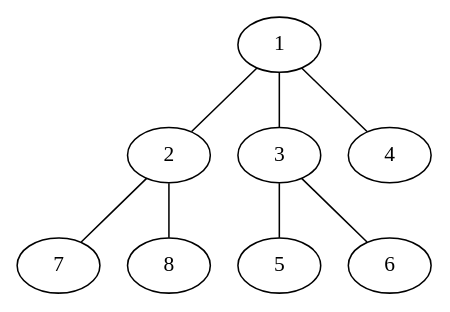
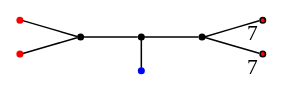
The diagram in graph/modSL2_index10_7.dot (vendramin/subgroups), drawn with Graphviz before and after one commit. The commit also changed 73 other files, not shown here.

Commit message:
Graphs (up to index 10)

```diff
--- a/graph/modSL2_index10_7.dot
+++ b/graph/modSL2_index10_7.dot
@@ -1,9 +1,15 @@
 graph diagram {
-1 -- 2;
-1 -- 3;
-1 -- 4;
-2 -- 7;
-2 -- 8;
-3 -- 5;
-3 -- 6;
+node [shape=point,color=black];
+rankdir = LR;
+subgraph subdiagram {
+2 -- 1 -- 3;
 }
+{5,6} -- 2;
+{rank=same;1 -- 4};
+3 -- {8,7};
+4 [color=blue];
+5 [color=red];
+6 [color=red];
+7 [fillcolor=red,xlabel=7];
+8 [fillcolor=red,xlabel=7];
+}
```
